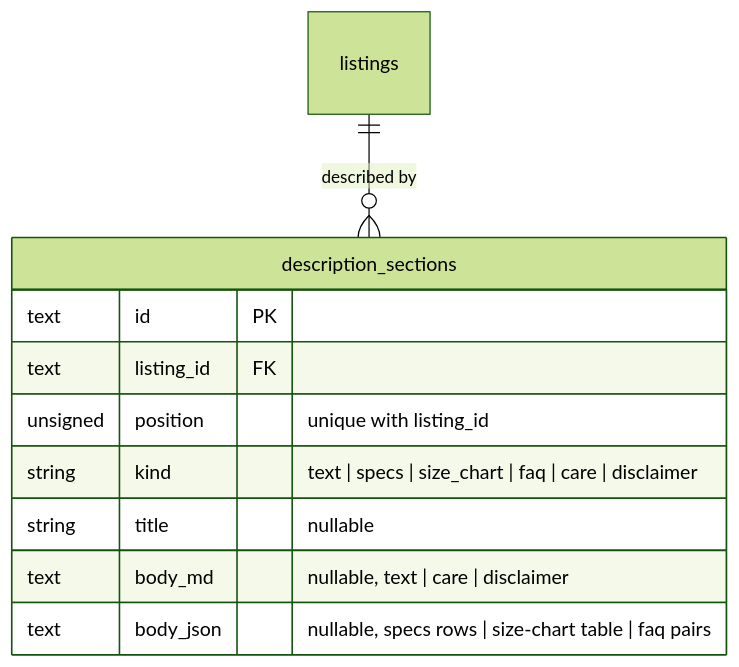
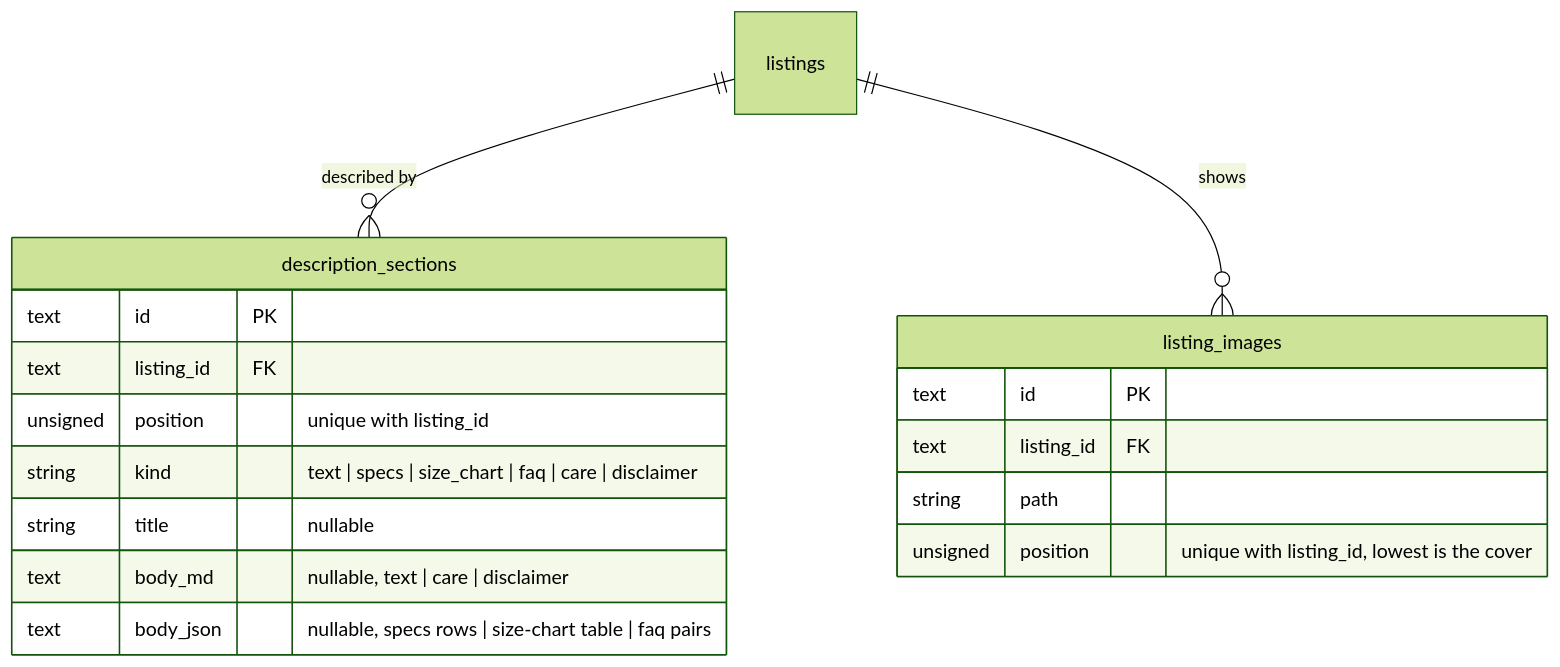
One commit to jonathan-beebe/art-store changed the third of 6 diagrams in prototype/php/docs/item-configurator.md. Above: the diagram before and after it, drawn with Mermaid (forest theme). The commit also changed other lines of this file and 52 other files, not shown here.

First line of the commit message:
feat[php]: mode-first choices screen and plural listing images [DSGN-002]

````diff
--- a/prototype/php/docs/item-configurator.md
+++ b/prototype/php/docs/item-configurator.md
@@ -260,14 +260,21 @@
 ```mermaid
 erDiagram
     listings ||--o{ description_sections : "described by"
+    listings ||--o{ listing_images : shows
 
     description_sections {
         text id PK
         text listing_id FK
         unsigned position "unique with listing_id"
         string kind "text | specs | size_chart | faq | care | disclaimer"
         string title "nullable"
         text body_md "nullable, text | care | disclaimer"
         text body_json "nullable, specs rows | size-chart table | faq pairs"
     }
+    listing_images {
+        text id PK
+        text listing_id FK
+        string path
+        unsigned position "unique with listing_id, lowest is the cover"
+    }
 ```
````
